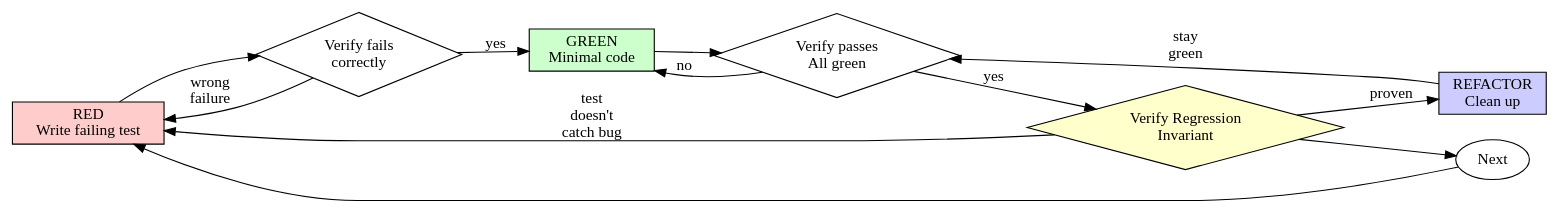
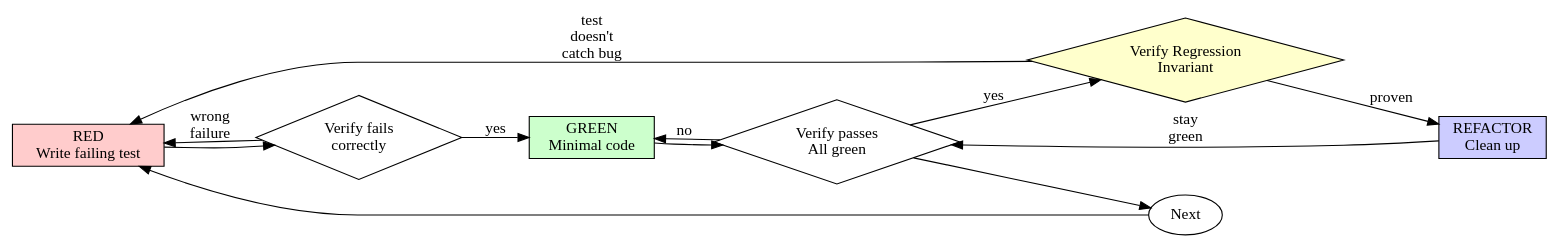
Before and after one commit to GoCodeAlone/claude-superpowers: the diagram in skills/test-driven-development/SKILL.md, drawn with Graphviz. The commit also changed other lines of this file, not shown here.

First line of the commit message:
fix(test-driven-development): address round-3 findings — graph terminal, failure-mode prose, Fatalf

````diff
--- a/skills/test-driven-development/SKILL.md
+++ b/skills/test-driven-development/SKILL.md
@@ -49,24 +49,24 @@
 ```dot
 digraph tdd_cycle {
     rankdir=LR;
     red [label="RED\nWrite failing test", shape=box, style=filled, fillcolor="#ffcccc"];
     verify_red [label="Verify fails\ncorrectly", shape=diamond];
     green [label="GREEN\nMinimal code", shape=box, style=filled, fillcolor="#ccffcc"];
     verify_green [label="Verify passes\nAll green", shape=diamond];
     verify_invariant [label="Verify Regression\nInvariant", shape=diamond, style=filled, fillcolor="#ffffcc"];
     refactor [label="REFACTOR\nClean up", shape=box, style=filled, fillcolor="#ccccff"];
     next [label="Next", shape=ellipse];
 
     red -> verify_red;
     verify_red -> green [label="yes"];
     verify_red -> red [label="wrong\nfailure"];
     green -> verify_green;
     verify_green -> verify_invariant [label="yes"];
     verify_green -> green [label="no"];
     verify_invariant -> refactor [label="proven"];
     verify_invariant -> red [label="test\ndoesn't\ncatch bug"];
     refactor -> verify_green [label="stay\ngreen"];
-    verify_invariant -> next;
+    verify_green -> next;
     next -> red;
 }
 ```
````
